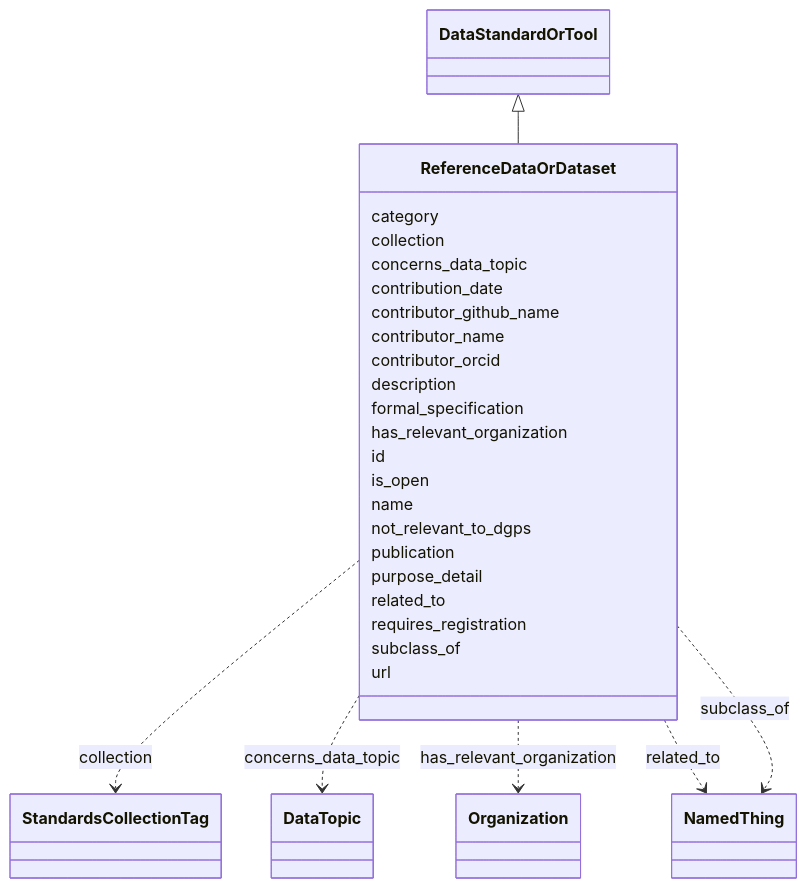
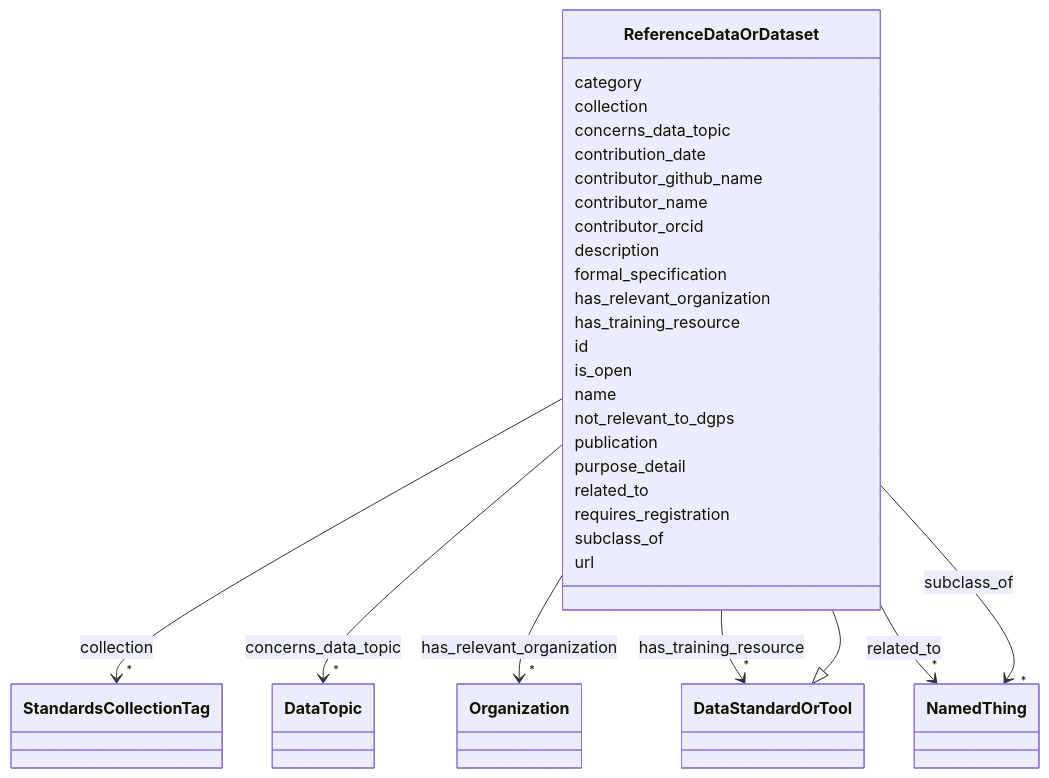
One commit to bridge2ai/standards-schemas changed the diagram in docs/ReferenceDataOrDataset.md. Above: the diagram before and after it, drawn with Mermaid. The commit also changed other lines of this file and 212 other files, not shown here.

````diff
--- a/docs/ReferenceDataOrDataset.md
+++ b/docs/ReferenceDataOrDataset.md
@@ -11,17 +19,29 @@
 ```mermaid
  classDiagram
     class ReferenceDataOrDataset
+    click ReferenceDataOrDataset href "../ReferenceDataOrDataset"
       DataStandardOrTool <|-- ReferenceDataOrDataset
+        click DataStandardOrTool href "../DataStandardOrTool"
       
       ReferenceDataOrDataset : category
         
       ReferenceDataOrDataset : collection
         
-          ReferenceDataOrDataset ..> StandardsCollectionTag : collection
+          
+    
+    
+    ReferenceDataOrDataset --> "*" StandardsCollectionTag : collection
+    click StandardsCollectionTag href "../StandardsCollectionTag"
+
         
       ReferenceDataOrDataset : concerns_data_topic
         
-          ReferenceDataOrDataset ..> DataTopic : concerns_data_topic
+          
+    
+    
+    ReferenceDataOrDataset --> "*" DataTopic : concerns_data_topic
+    click DataTopic href "../DataTopic"
+
         
       ReferenceDataOrDataset : contribution_date
         
@@ -37,7 +57,21 @@
         
       ReferenceDataOrDataset : has_relevant_organization
         
-          ReferenceDataOrDataset ..> Organization : has_relevant_organization
+          
+    
+    
+    ReferenceDataOrDataset --> "*" Organization : has_relevant_organization
+    click Organization href "../Organization"
+
+        
+      ReferenceDataOrDataset : has_training_resource
+        
+          
+    
+    
+    ReferenceDataOrDataset --> "*" DataStandardOrTool : has_training_resource
+    click DataStandardOrTool href "../DataStandardOrTool"
+
         
       ReferenceDataOrDataset : id
         
@@ -53,13 +87,23 @@
         
       ReferenceDataOrDataset : related_to
         
-          ReferenceDataOrDataset ..> NamedThing : related_to
+          
+    
+    
+    ReferenceDataOrDataset --> "*" NamedThing : related_to
+    click NamedThing href "../NamedThing"
+
         
       ReferenceDataOrDataset : requires_registration
         
       ReferenceDataOrDataset : subclass_of
         
-          ReferenceDataOrDataset ..> NamedThing : subclass_of
+          
+    
+    
+    ReferenceDataOrDataset --> "*" NamedThing : subclass_of
+    click NamedThing href "../NamedThing"
+
         
       ReferenceDataOrDataset : url
         
````
